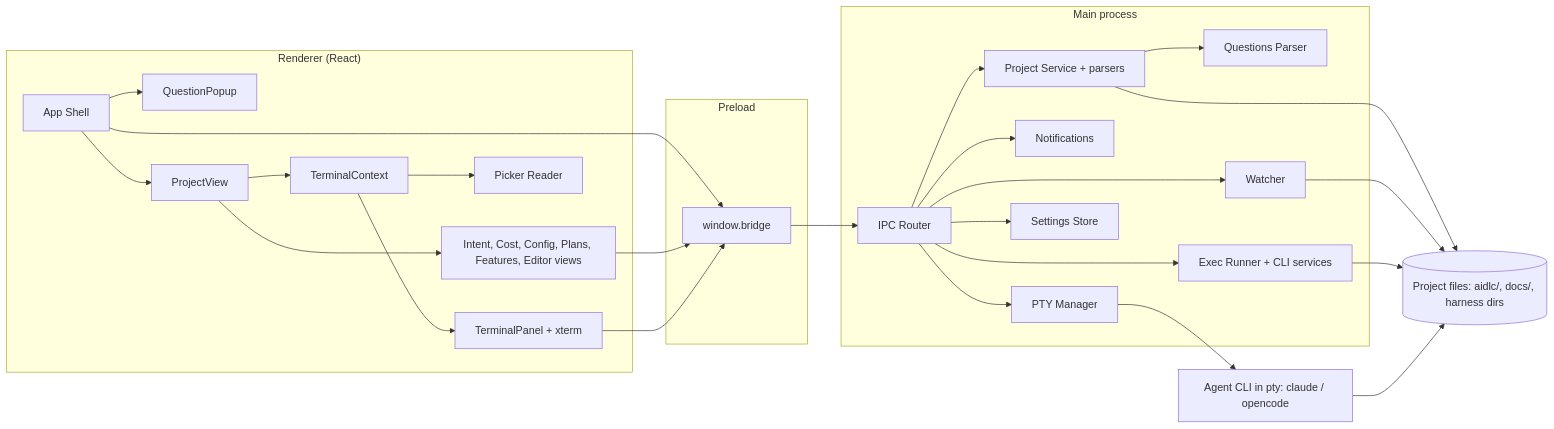
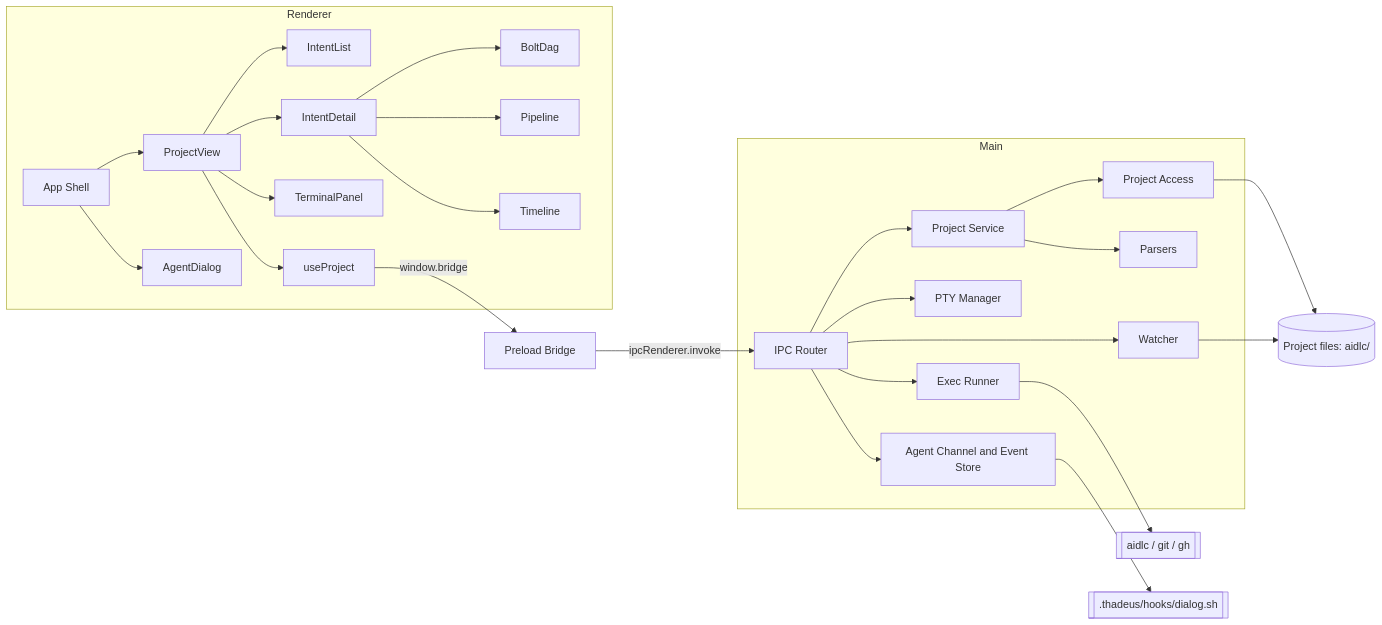
The first of 3 diagrams in aidlc/spaces/default/codekb/aidlc-dash/architecture.md (tochman/ai-dlc-thadeus), drawn with Mermaid before and after one commit. The commit also changed other lines of this file and 48 other files, not shown here.

First line of the commit message:
feat(US-0507): show what the agents are doing in the token detail view (#55)

````diff
--- a/aidlc/spaces/default/codekb/aidlc-dash/architecture.md
+++ b/aidlc/spaces/default/codekb/aidlc-dash/architecture.md
@@ -22,49 +22,29 @@
 ```mermaid
 flowchart LR
-  subgraph Renderer["Renderer (React)"]
-    App["App Shell"]
-    QP["QuestionPopup"]
-    PV["ProjectView"]
-    TC["TerminalContext"]
-    TP["TerminalPanel + xterm"]
-    PK["Picker Reader"]
-    Views["Intent, Cost, Config, Plans, Features, Editor views"]
+  subgraph Renderer
+    App[App Shell] --> PV[ProjectView]
+    PV --> IL[IntentList]
+    PV --> ID[IntentDetail]
+    ID --> BD[BoltDag]
+    ID --> PL[Pipeline]
+    ID --> TL[Timeline]
+    PV --> TP[TerminalPanel]
+    PV --> UP[useProject]
+    App --> AD[AgentDialog]
   end
-  subgraph Preload
-    BR["window.bridge"]
+  UP -->|window.bridge| PB[Preload Bridge]
+  PB -->|ipcRenderer.invoke| IPC[IPC Router]
+  subgraph Main
+    IPC --> PS[Project Service]
+    PS --> PA[Project Access]
+    PS --> PR[Parsers]
+    IPC --> W[Watcher]
+    IPC --> PTY[PTY Manager]
+    IPC --> EX[Exec Runner]
+    IPC --> AG[Agent Channel and Event Store]
   end
-  subgraph Main["Main process"]
-    IPC["IPC Router"]
-    PS["Project Service + parsers"]
-    QS["Questions Parser"]
-    NT["Notifications"]
-    PTY["PTY Manager"]
-    WA["Watcher"]
-    CLI["Exec Runner + CLI services"]
-    ST["Settings Store"]
-  end
-  FS[("Project files: aidlc/, docs/, harness dirs")]
-  AG["Agent CLI in pty: claude / opencode"]
-  App --> QP
-  App --> PV
-  PV --> TC
-  TC --> TP
-  TC --> PK
-  PV --> Views
-  App --> BR
-  Views --> BR
-  TP --> BR
-  BR --> IPC
-  IPC --> PS
-  PS --> QS
-  IPC --> NT
-  IPC --> PTY
-  IPC --> WA
-  IPC --> CLI
-  IPC --> ST
-  PS --> FS
-  WA --> FS
-  CLI --> FS
-  PTY --> AG
-  AG --> FS
+  PA --> FS[(Project files: aidlc/)]
+  W --> FS
+  EX --> CLI[[aidlc / git / gh]]
+  AG --> HK[[.thadeus/hooks/dialog.sh]]
 ```
````
